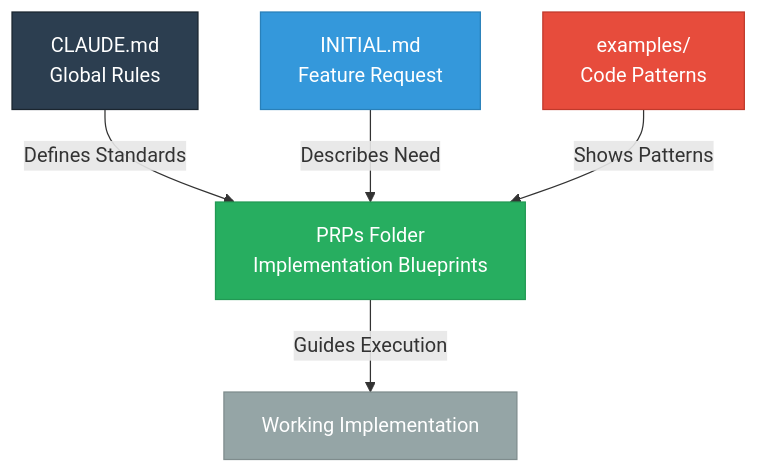
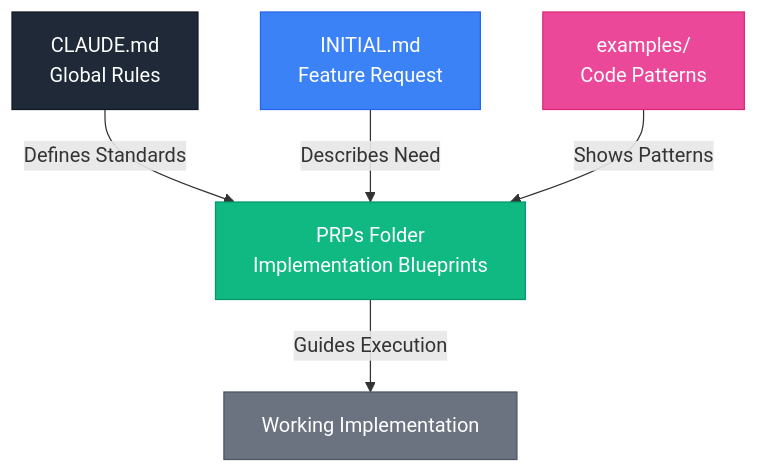
Before and after one commit to bprzybys-nc/ce-demo: the second of 6 diagrams in ce-demo-presentation.md, drawn with Mermaid. The commit also changed other lines of this file and 1 other file, not shown here.

````diff
--- a/ce-demo-presentation.md
+++ b/ce-demo-presentation.md
@@ -81,18 +81,18 @@
 ```mermaid
 graph TD
     A["CLAUDE.md<br/>Global Rules"]
     B["INITIAL.md<br/>Feature Request"]
     C["PRPs Folder<br/>Implementation Blueprints"]
     D["examples/<br/>Code Patterns"]
 
     A -->|"Defines Standards"| C
     B -->|"Describes Need"| C
     D -->|"Shows Patterns"| C
     C -->|"Guides Execution"| E["Working Implementation"]
 
-    style A fill:#2C3E50,stroke:#1A252F,color:#fff
-    style B fill:#3498DB,stroke:#2980B9,color:#fff
-    style C fill:#27AE60,stroke:#229954,color:#fff
-    style D fill:#E74C3C,stroke:#C0392B,color:#fff
-    style E fill:#95A5A6,stroke:#7F8C8D,color:#fff
+    style A fill:#1F2937,stroke:#111827,color:#fff
+    style B fill:#3B82F6,stroke:#2563EB,color:#fff
+    style C fill:#10B981,stroke:#059669,color:#fff
+    style D fill:#EC4899,stroke:#DB2777,color:#fff
+    style E fill:#6B7280,stroke:#4B5563,color:#fff
 ```
````
